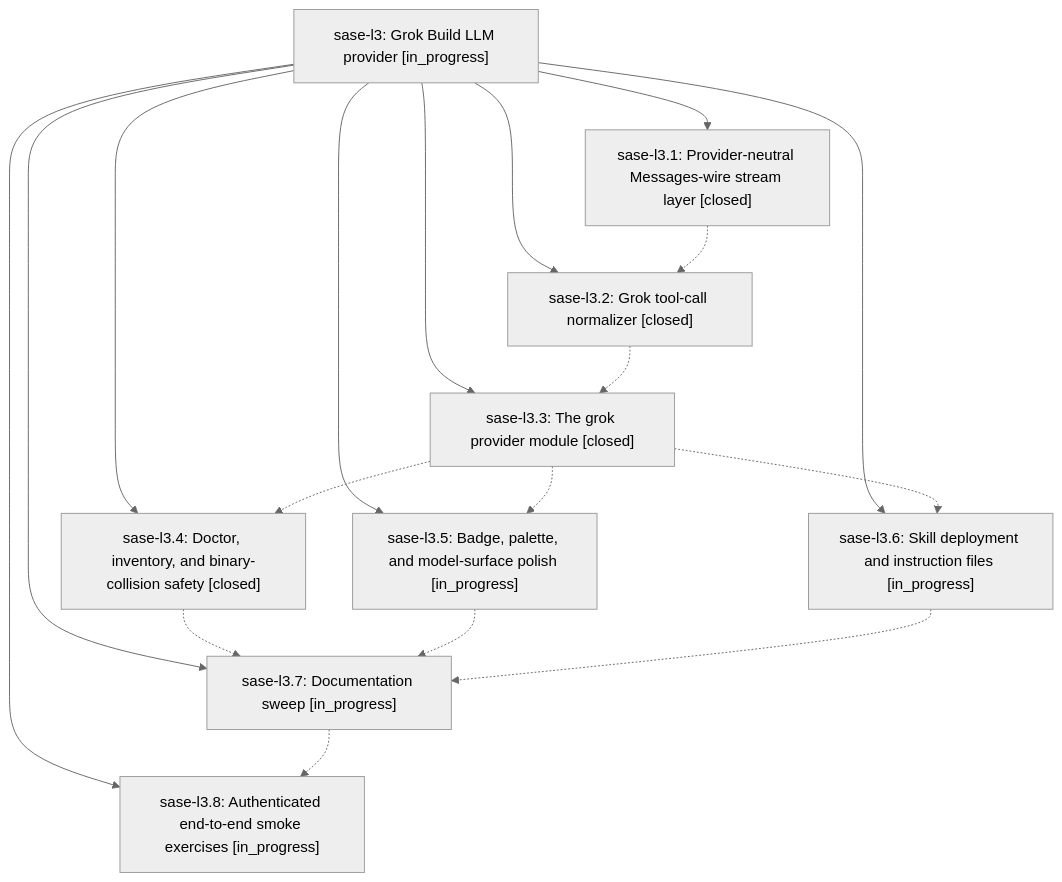
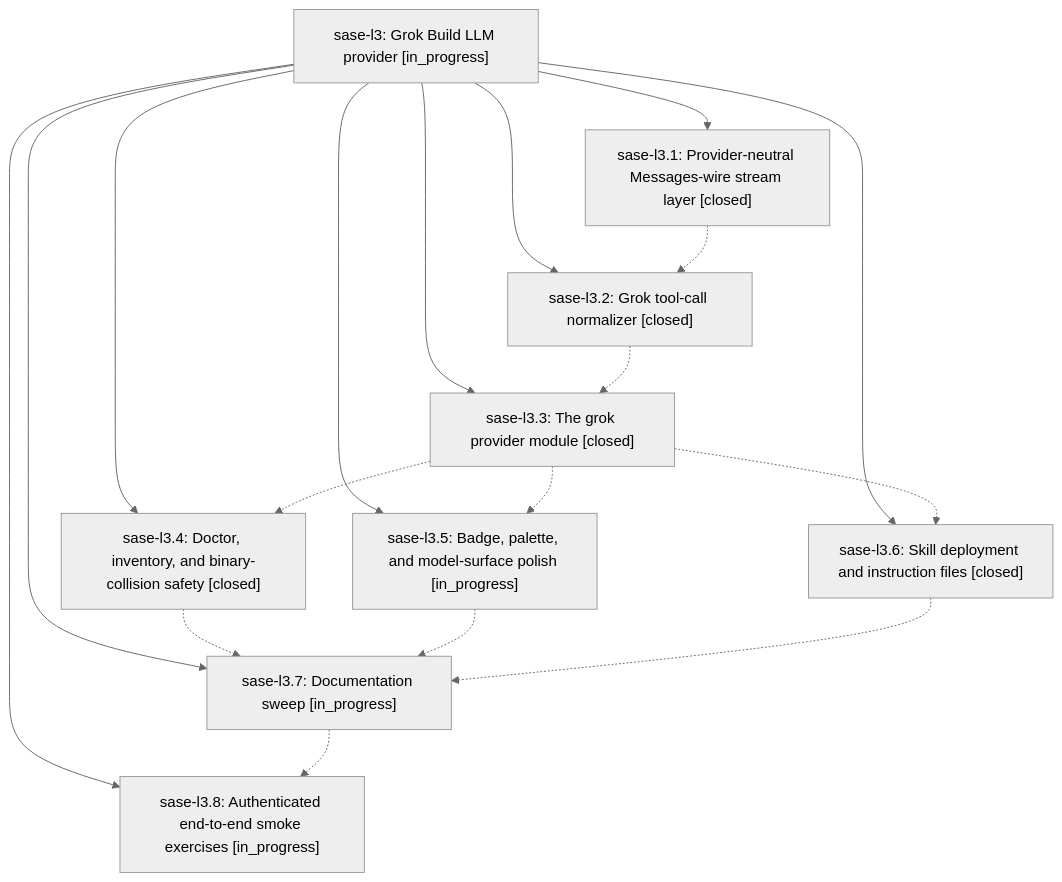
One commit to sase-org/sase--beads changed the diagram in pages/sase-l3/README.md. Above: the diagram before and after it, drawn with Mermaid (neutral theme). The commit also changed other lines of this file and 3 other files, not shown here.

````diff
--- a/pages/sase-l3/README.md
+++ b/pages/sase-l3/README.md
@@ -35,29 +35,29 @@
 ```mermaid
 flowchart TD
     n0["sase-l3: Grok Build LLM provider [in_progress]"]
     n1["sase-l3.1: Provider-neutral Messages-wire stream layer [closed]"]
     n2["sase-l3.2: Grok tool-call normalizer [closed]"]
     n3["sase-l3.3: The grok provider module [closed]"]
     n4["sase-l3.4: Doctor, inventory, and binary-collision safety [closed]"]
     n5["sase-l3.5: Badge, palette, and model-surface polish [in_progress]"]
-    n6["sase-l3.6: Skill deployment and instruction files [in_progress]"]
+    n6["sase-l3.6: Skill deployment and instruction files [closed]"]
     n7["sase-l3.7: Documentation sweep [in_progress]"]
     n8["sase-l3.8: Authenticated end-to-end smoke exercises [in_progress]"]
     n0 --> n1
     n0 --> n2
     n0 --> n3
     n0 --> n4
     n0 --> n5
     n0 --> n6
     n0 --> n7
     n0 --> n8
     n1 -.-> n2
     n2 -.-> n3
     n3 -.-> n4
     n3 -.-> n5
     n3 -.-> n6
     n4 -.-> n7
     n5 -.-> n7
     n6 -.-> n7
     n7 -.-> n8
 ```
````
